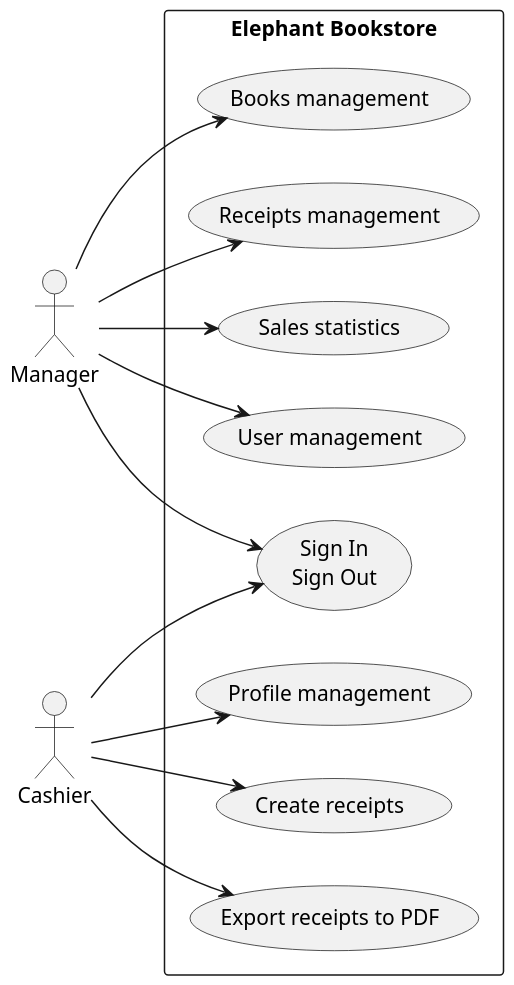
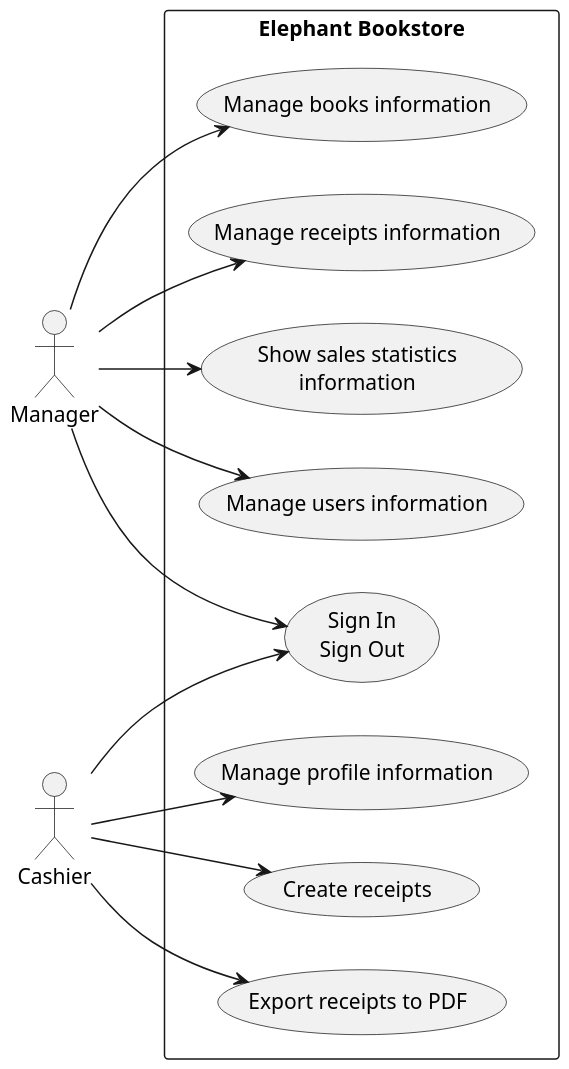
One commit to linhtch90/eProject2_Notes changed the diagram in Diagrams/general_usecase.plantuml. Above: the diagram before and after it, drawn with PlantUML. The commit also changed 6 other files, not shown here.

Commit message:
Update meeting 19-Oct-2021 and UML diagrams

```diff
--- a/Diagrams/general_usecase.plantuml
+++ b/Diagrams/general_usecase.plantuml
@@ -1,29 +1,29 @@
 @startuml
 scale 1.5
 left to right direction
 "Manager" as Manager
 "Cashier" as Cashier
 
 rectangle "Elephant Bookstore" {
-    usecase "Books management" as ucBooks
-    usecase "Receipts management" as ucReceipts
-    usecase "Sales statistics" as ucSales
-    usecase "User management" as ucUser
+    usecase "Manage books information" as ucBooks
+    usecase "Manage receipts information" as ucReceipts
+    usecase "Show sales statistics\ninformation" as ucSales
+    usecase "Manage users information" as ucUser
     usecase "Sign In\nSign Out" as ucSignInOut
-    usecase "Profile management" as ucProfile
+    usecase "Manage profile information" as ucProfile
     usecase "Create receipts" as ucReceiptCreation
     usecase "Export receipts to PDF" as ucPDF
 }
 
 Manager --> ucBooks
 Manager --> ucReceipts
 Manager --> ucSales
 Manager --> ucUser
 Manager --> ucSignInOut
 
 Cashier --> ucProfile
 Cashier --> ucReceiptCreation
 Cashier --> ucPDF
 Cashier --> ucSignInOut
 
 @enduml
```
